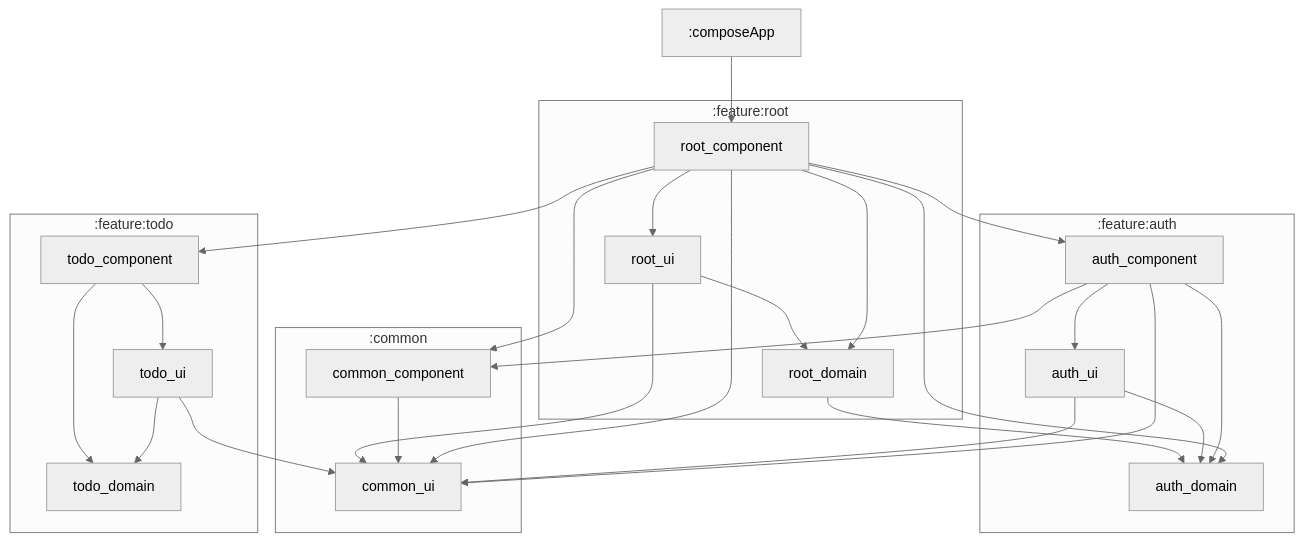
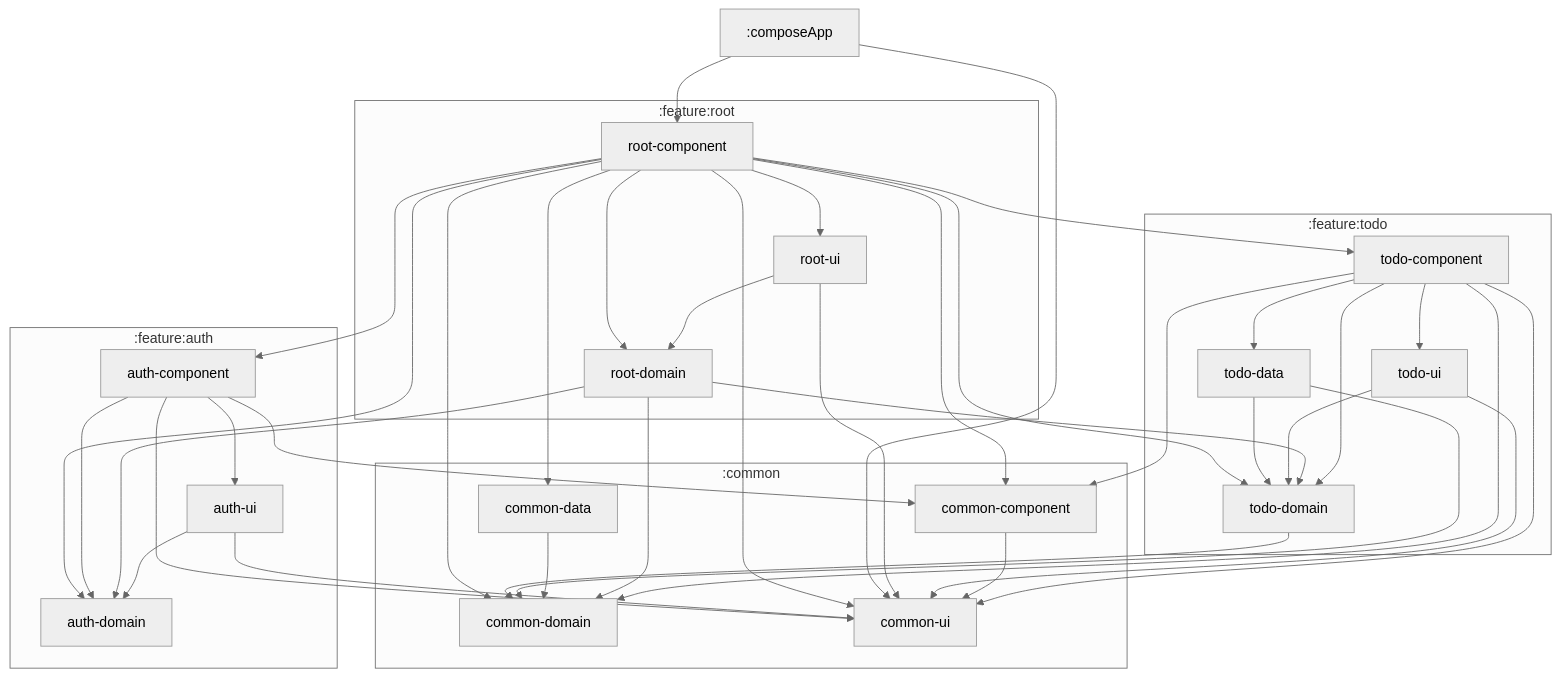
One commit to VasilyRylov/architecture-samples changed the diagram in README.MD. Above: the diagram before and after it, drawn with Mermaid. The commit also changed other lines of this file and 250 other files, not shown here.

````diff
--- a/README.MD
+++ b/README.MD
@@ -25,50 +25,67 @@
 ```mermaid
 %%{
   init: {
     'theme': 'neutral'
   }
 }%%
 
 graph TB
   subgraph :common
-    :common:common_ui["common_ui"]
-    :common:common_component["common_component"]
+    :common:common-component["common-component"]
+    :common:common-domain["common-domain"]
+    :common:common-ui["common-ui"]
+    :common:common-data["common-data"]
   end
   subgraph :feature:auth
-    :feature:auth:auth_domain["auth_domain"]
-    :feature:auth:auth_ui["auth_ui"]
-    :feature:auth:auth_component["auth_component"]
+    :feature:auth:auth-ui["auth-ui"]
+    :feature:auth:auth-domain["auth-domain"]
+    :feature:auth:auth-component["auth-component"]
   end
   subgraph :feature:root
-    :feature:root:root_domain["root_domain"]
-    :feature:root:root_component["root_component"]
-    :feature:root:root_ui["root_ui"]
+    :feature:root:root-domain["root-domain"]
+    :feature:root:root-ui["root-ui"]
+    :feature:root:root-component["root-component"]
   end
   subgraph :feature:todo
-    :feature:todo:todo_component["todo_component"]
-    :feature:todo:todo_ui["todo_ui"]
-    :feature:todo:todo_domain["todo_domain"]
+    :feature:todo:todo-component["todo-component"]
+    :feature:todo:todo-ui["todo-ui"]
+    :feature:todo:todo-domain["todo-domain"]
+    :feature:todo:todo-data["todo-data"]
   end
-  :feature:root:root_domain --> :feature:auth:auth_domain
-  :feature:auth:auth_ui --> :common:common_ui
-  :feature:auth:auth_ui --> :feature:auth:auth_domain
-  :composeApp --> :feature:root:root_component
-  :feature:root:root_ui --> :common:common_ui
-  :feature:root:root_ui --> :feature:root:root_domain
-  :feature:auth:auth_component --> :feature:auth:auth_ui
-  :feature:auth:auth_component --> :feature:auth:auth_domain
-  :feature:auth:auth_component --> :common:common_component
-  :feature:auth:auth_component --> :common:common_ui
-  :feature:todo:todo_component --> :feature:todo:todo_ui
-  :feature:todo:todo_component --> :feature:todo:todo_domain
-  :feature:todo:todo_ui --> :common:common_ui
-  :feature:todo:todo_ui --> :feature:todo:todo_domain
-  :common:common_component --> :common:common_ui
-  :feature:root:root_component --> :feature:root:root_ui
-  :feature:root:root_component --> :feature:root:root_domain
-  :feature:root:root_component --> :feature:auth:auth_domain
-  :feature:root:root_component --> :feature:auth:auth_component
-  :feature:root:root_component --> :feature:todo:todo_component
-  :feature:root:root_component --> :common:common_component
-  :feature:root:root_component --> :common:common_ui
+  :feature:todo:todo-component --> :feature:todo:todo-ui
+  :feature:todo:todo-component --> :feature:todo:todo-domain
+  :feature:todo:todo-component --> :feature:todo:todo-data
+  :feature:todo:todo-component --> :common:common-component
+  :feature:todo:todo-component --> :common:common-domain
+  :feature:todo:todo-component --> :common:common-ui
+  :feature:auth:auth-ui --> :common:common-ui
+  :feature:auth:auth-ui --> :feature:auth:auth-domain
+  :feature:root:root-domain --> :common:common-domain
+  :feature:root:root-domain --> :feature:auth:auth-domain
+  :feature:root:root-domain --> :feature:todo:todo-domain
+  :common:common-component --> :common:common-ui
+  :feature:todo:todo-ui --> :common:common-ui
+  :feature:todo:todo-ui --> :feature:todo:todo-domain
+  :feature:root:root-ui --> :common:common-ui
+  :feature:root:root-ui --> :feature:root:root-domain
+  :composeApp --> :feature:root:root-component
+  :composeApp --> :common:common-ui
+  :feature:auth:auth-component --> :feature:auth:auth-ui
+  :feature:auth:auth-component --> :feature:auth:auth-domain
+  :feature:auth:auth-component --> :common:common-component
+  :feature:auth:auth-component --> :common:common-ui
+  :common:common-data --> :common:common-domain
+  :feature:todo:todo-data --> :feature:todo:todo-domain
+  :feature:todo:todo-data --> :common:common-domain
+  :feature:todo:todo-domain --> :common:common-domain
+  :feature:root:root-component --> :feature:root:root-ui
+  :feature:root:root-component --> :feature:root:root-domain
+  :feature:root:root-component --> :feature:auth:auth-component
+  :feature:root:root-component --> :feature:auth:auth-domain
+  :feature:root:root-component --> :feature:todo:todo-component
+  :feature:root:root-component --> :feature:todo:todo-domain
+  :feature:root:root-component --> :common:common-component
+  :feature:root:root-component --> :common:common-domain
+  :feature:root:root-component --> :common:common-ui
+  :feature:root:root-component --> :common:common-data
 ```
````
